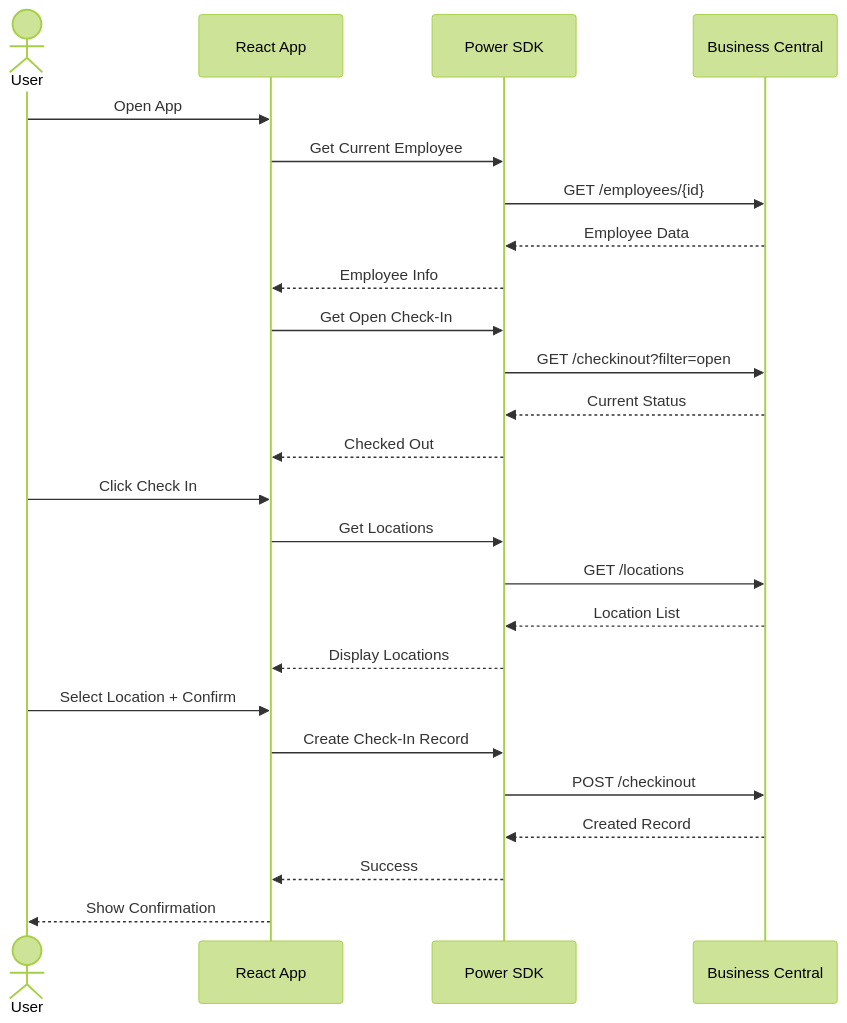
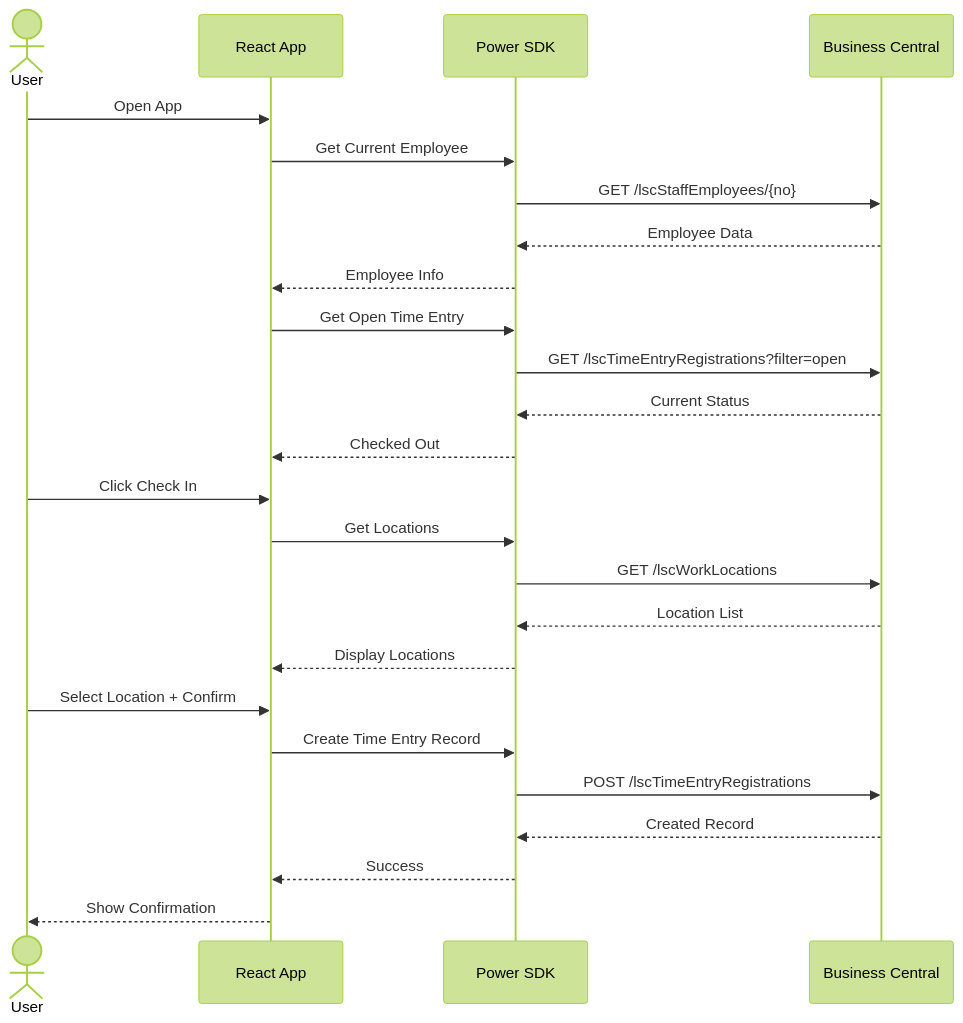
Before and after one commit to avazquezuk/PowerAppCheckInDemo: the fourth of 4 diagrams in CheckInOut/Database_Schema.md, drawn with Mermaid (forest theme). The commit also changed other lines of this file and 1 other file, not shown here.

Commit message:
feat: Update database schema documentation for LS Central Staff Management module, including detailed table specifications and relationships

````diff
--- a/CheckInOut/Database_Schema.md
+++ b/CheckInOut/Database_Schema.md
@@ -92,31 +115,31 @@
 ```mermaid
 sequenceDiagram
     actor User
     participant App as React App
     participant SDK as Power SDK
     participant BC as Business Central
 
     User->>App: Open App
     App->>SDK: Get Current Employee
-    SDK->>BC: GET /employees/{id}
+    SDK->>BC: GET /lscStaffEmployees/{no}
     BC-->>SDK: Employee Data
     SDK-->>App: Employee Info
 
-    App->>SDK: Get Open Check-In
-    SDK->>BC: GET /checkinout?filter=open
+    App->>SDK: Get Open Time Entry
+    SDK->>BC: GET /lscTimeEntryRegistrations?filter=open
     BC-->>SDK: Current Status
     SDK-->>App: Checked Out
 
     User->>App: Click Check In
     App->>SDK: Get Locations
-    SDK->>BC: GET /locations
+    SDK->>BC: GET /lscWorkLocations
     BC-->>SDK: Location List
     SDK-->>App: Display Locations
 
     User->>App: Select Location + Confirm
-    App->>SDK: Create Check-In Record
-    SDK->>BC: POST /checkinout
+    App->>SDK: Create Time Entry Record
+    SDK->>BC: POST /lscTimeEntryRegistrations
     BC-->>SDK: Created Record
     SDK-->>App: Success
     App-->>User: Show Confirmation
 ```
````
